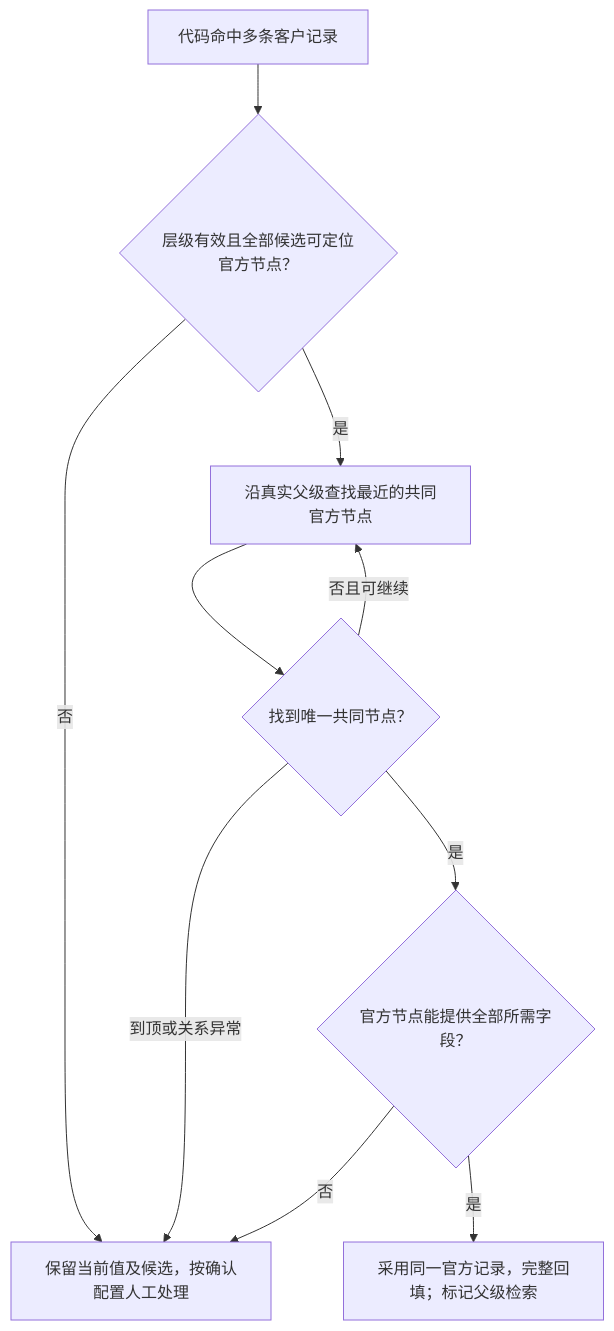
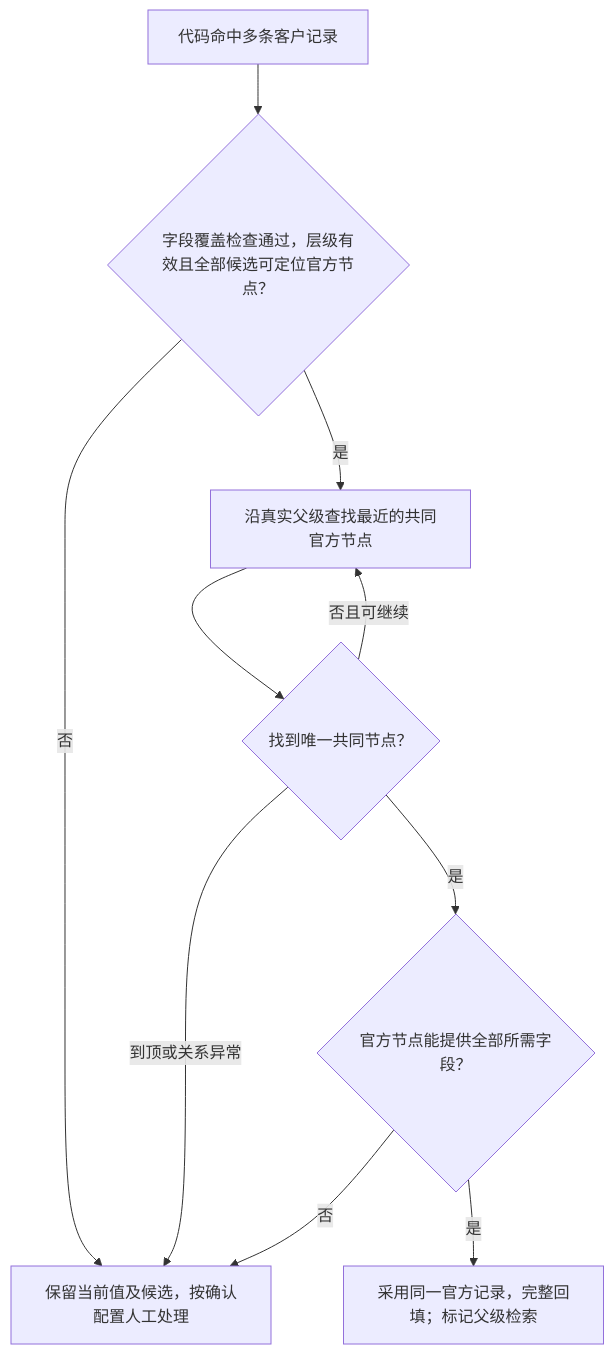
One commit to aruirage/IDP-Ph3-Demo-PRD changed the fifth of 6 diagrams in PRD.zh-CN.md. Above: the diagram before and after it, drawn with Mermaid. The commit also changed other lines of this file and 4 other files, not shown here.

````diff
--- a/PRD.zh-CN.md
+++ b/PRD.zh-CN.md
@@ -588,12 +588,12 @@
 ```mermaid
 flowchart TD
-    CP0["代码命中多条客户记录"] --> CP1{"层级有效且全部候选可定位官方节点？"}
+    CP0["代码命中多条客户记录"] --> CP1{"字段覆盖检查通过，层级有效且全部候选可定位官方节点？"}
     CP1 -->|否| CPM["保留当前值及候选，按确认配置人工处理"]
     CP1 -->|是| CP2["沿真实父级查找最近的共同官方节点"]
     CP2 --> CP3{"找到唯一共同节点？"}
     CP3 -->|否且可继续| CP2
     CP3 -->|到顶或关系异常| CPM
     CP3 -->|是| CP4{"官方节点能提供全部所需字段？"}
     CP4 -->|否| CPM
     CP4 -->|是| CP5["采用同一官方记录，完整回填；标记父级检索"]
 ```
````
